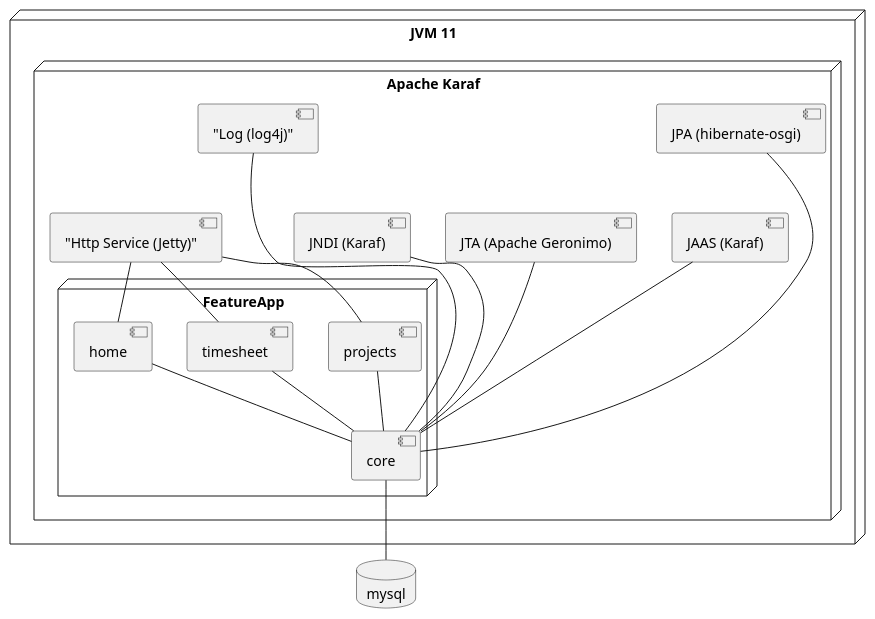
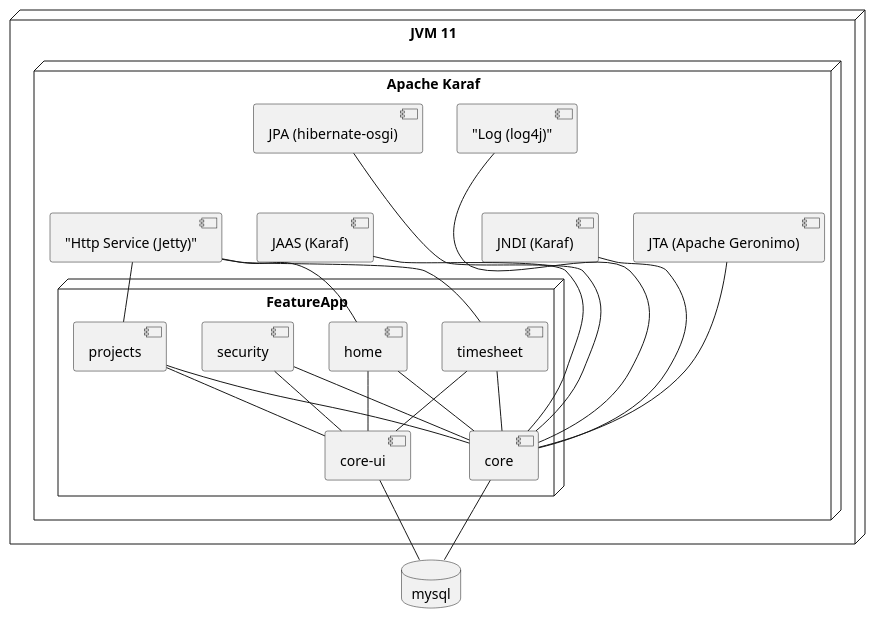
One commit to TimeboardIO/timeboard changed the diagram in docs/Deployment.puml. Above: the diagram before and after it, drawn with PlantUML. The commit also changed 3 other files, not shown here.

```diff
--- a/docs/Deployment.puml
+++ b/docs/Deployment.puml
@@ -1,35 +1,41 @@
 @startuml
 
 database mysql
 
 node "JVM 11" {
     node "Apache Karaf"{
 
 
          node "FeatureApp"{
              [core] -- mysql
+             [core-ui] -- mysql
+             [security] -- core
+             [security] -- [core-ui]
              [projects] -- core
              [timesheet] -- core
              [home] -- core
+             [projects] -- [core-ui]
+             [timesheet] -- [core-ui]
+             [home] -- [core-ui]
 
 
          }
 
 
 
          [JPA (hibernate-osgi)] ---- core
          [JAAS (Karaf)] --- core
          [JTA (Apache Geronimo)] --- core
          [JNDI (Karaf)] --- core
          ["Log (log4j)"] ---- core
 
          ["Http Service (Jetty)"] -- projects
          ["Http Service (Jetty)"] -- timesheet
          ["Http Service (Jetty)"] -- home
     }
 }
 
 
 
 
 @enduml
```
